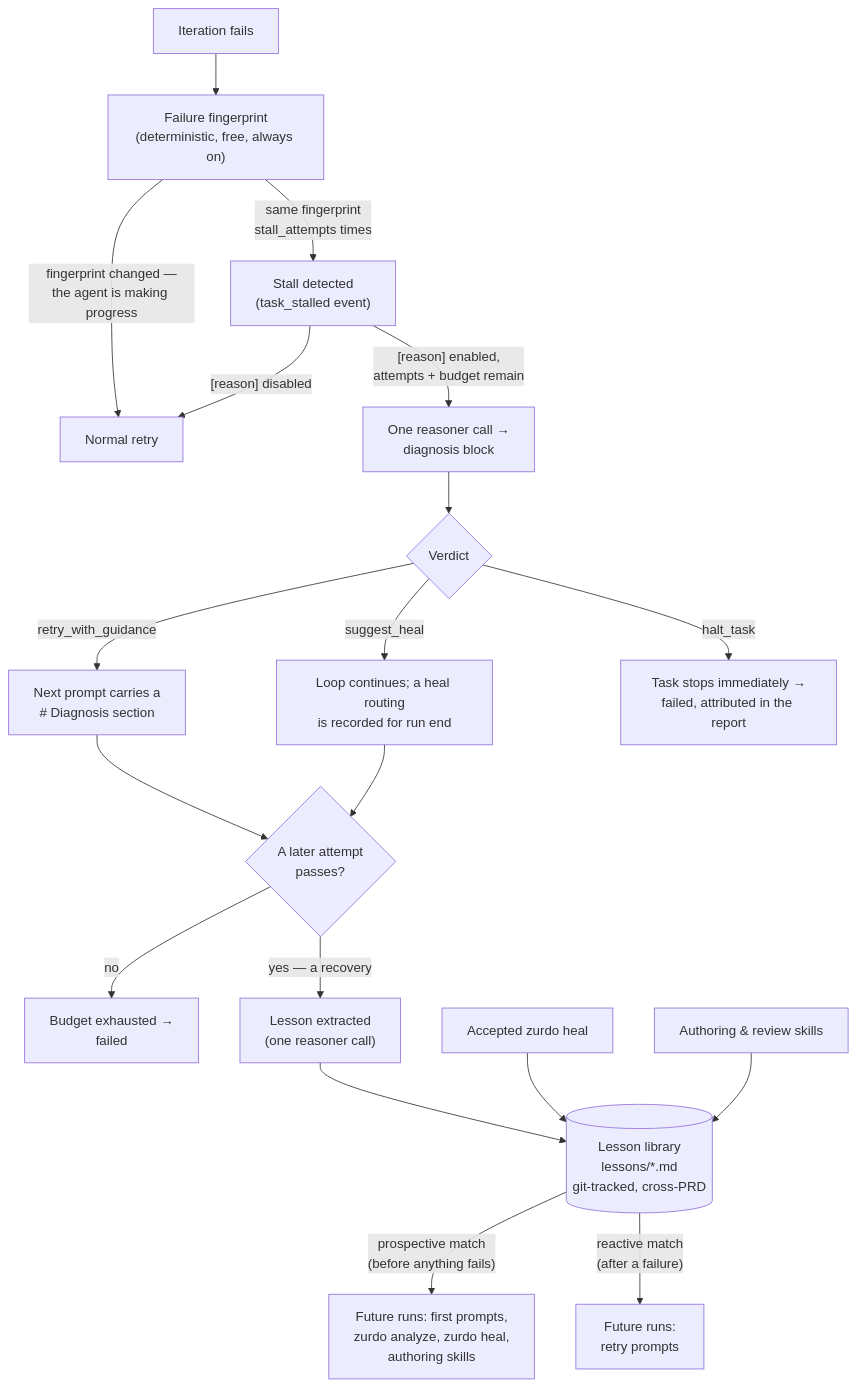
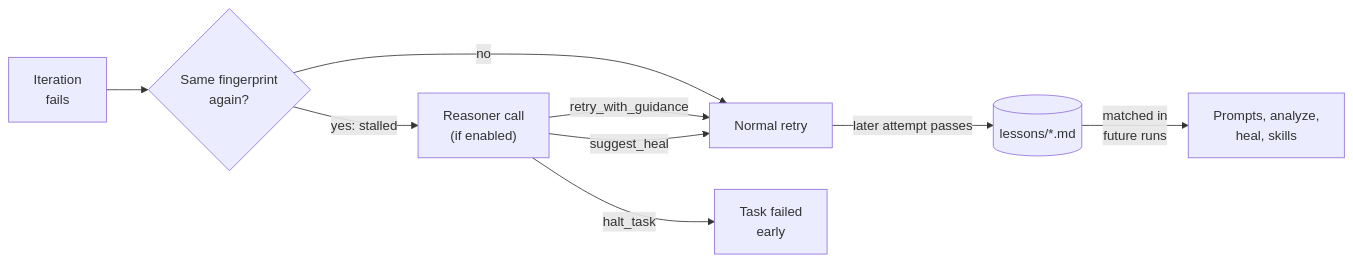
One commit to NumeronAI/zurdo.github.io changed the diagram in docs/reason.md. Above: the diagram before and after it, drawn with Mermaid. The commit also changed other lines of this file and 17 other files, not shown here.

````diff
--- a/docs/reason.md
+++ b/docs/reason.md
@@ -28,21 +43,11 @@
 ```mermaid
-flowchart TD
-    FAIL["Iteration fails"] --> FP["Failure fingerprint<br/>(deterministic, free, always on)"]
-    FP -->|"fingerprint changed —<br/>the agent is making progress"| RETRY["Normal retry"]
-    FP -->|"same fingerprint<br/>stall_attempts times"| STALL["Stall detected<br/>(task_stalled event)"]
-    STALL -->|"[reason] disabled"| RETRY
-    STALL -->|"[reason] enabled,<br/>attempts + budget remain"| DIAG["One reasoner call →<br/>diagnosis block"]
-    DIAG --> V{"Verdict"}
-    V -->|retry_with_guidance| INJ["Next prompt carries a<br/># Diagnosis section"]
-    V -->|suggest_heal| ROUTE["Loop continues; a heal routing<br/>is recorded for run end"]
-    V -->|halt_task| HALT["Task stops immediately →<br/>failed, attributed in the report"]
-    INJ --> OUT{"A later attempt<br/>passes?"}
-    ROUTE --> OUT
-    OUT -->|"no"| EXHAUST["Budget exhausted →<br/>failed"]
-    OUT -->|"yes — a recovery"| EXTRACT["Lesson extracted<br/>(one reasoner call)"]
-    EXTRACT --> LIB[("Lesson library<br/>lessons/*.md<br/>git-tracked, cross-PRD")]
-    HEAL["Accepted zurdo heal"] --> LIB
-    SKILLS["Authoring & review skills"] --> LIB
-    LIB -->|"prospective match<br/>(before anything fails)"| FUT1["Future runs: first prompts,<br/>zurdo analyze, zurdo heal,<br/>authoring skills"]
-    LIB -->|"reactive match<br/>(after a failure)"| FUT2["Future runs:<br/>retry prompts"]
+flowchart LR
+    FAIL["Iteration<br/>fails"] --> FP{"Same fingerprint<br/>again?"}
+    FP -->|no| RETRY["Normal retry"]
+    FP -->|"yes: stalled"| DIAG["Reasoner call<br/>(if enabled)"]
+    DIAG -->|retry_with_guidance| RETRY
+    DIAG -->|suggest_heal| RETRY
+    DIAG -->|halt_task| HALT["Task failed<br/>early"]
+    RETRY -->|"later attempt passes"| LESSON[("lessons/*.md")]
+    LESSON -->|"matched in<br/>future runs"| PROMPT["Prompts, analyze,<br/>heal, skills"]
 ```
````
